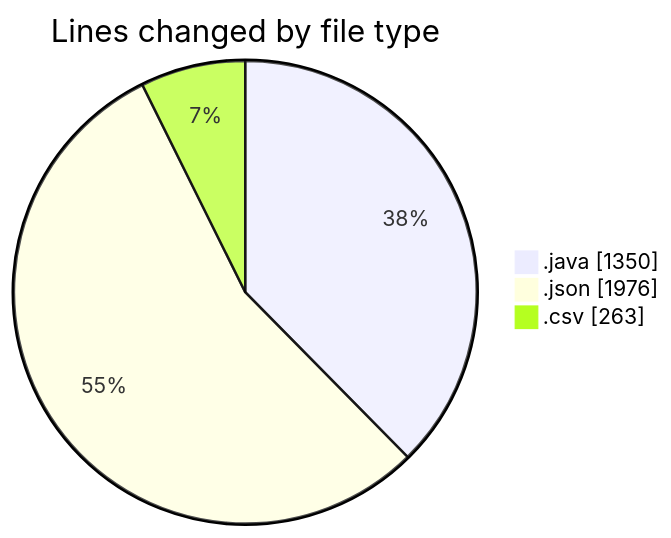
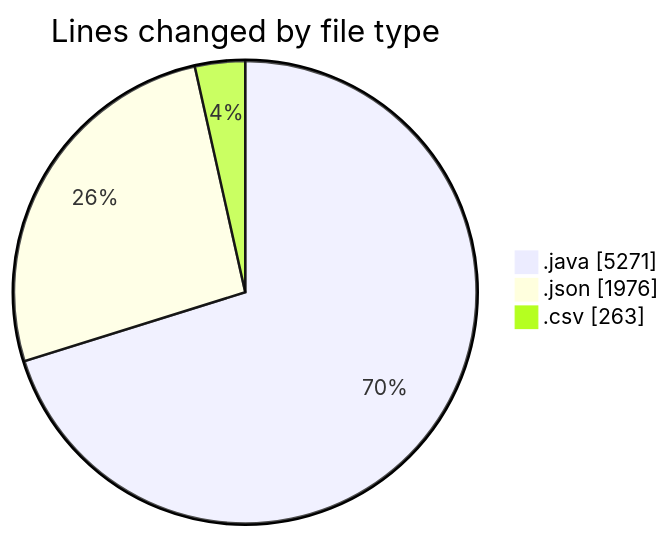
The first of 2 diagrams in 2026-02-24/cilapp/README.md (ricardozamudiocil/code-tracking), drawn with Mermaid before and after one commit. The commit also changed other lines of this file and 1 other file, not shown here.

````diff
--- a/2026-02-24/cilapp/README.md
+++ b/2026-02-24/cilapp/README.md
@@ -23,7 +24,7 @@
 ```mermaid
 pie showData
 title Lines changed by file type
-".java" : 1350
+".java" : 5271
 ".json" : 1976
 ".csv" : 263
 ```
````
